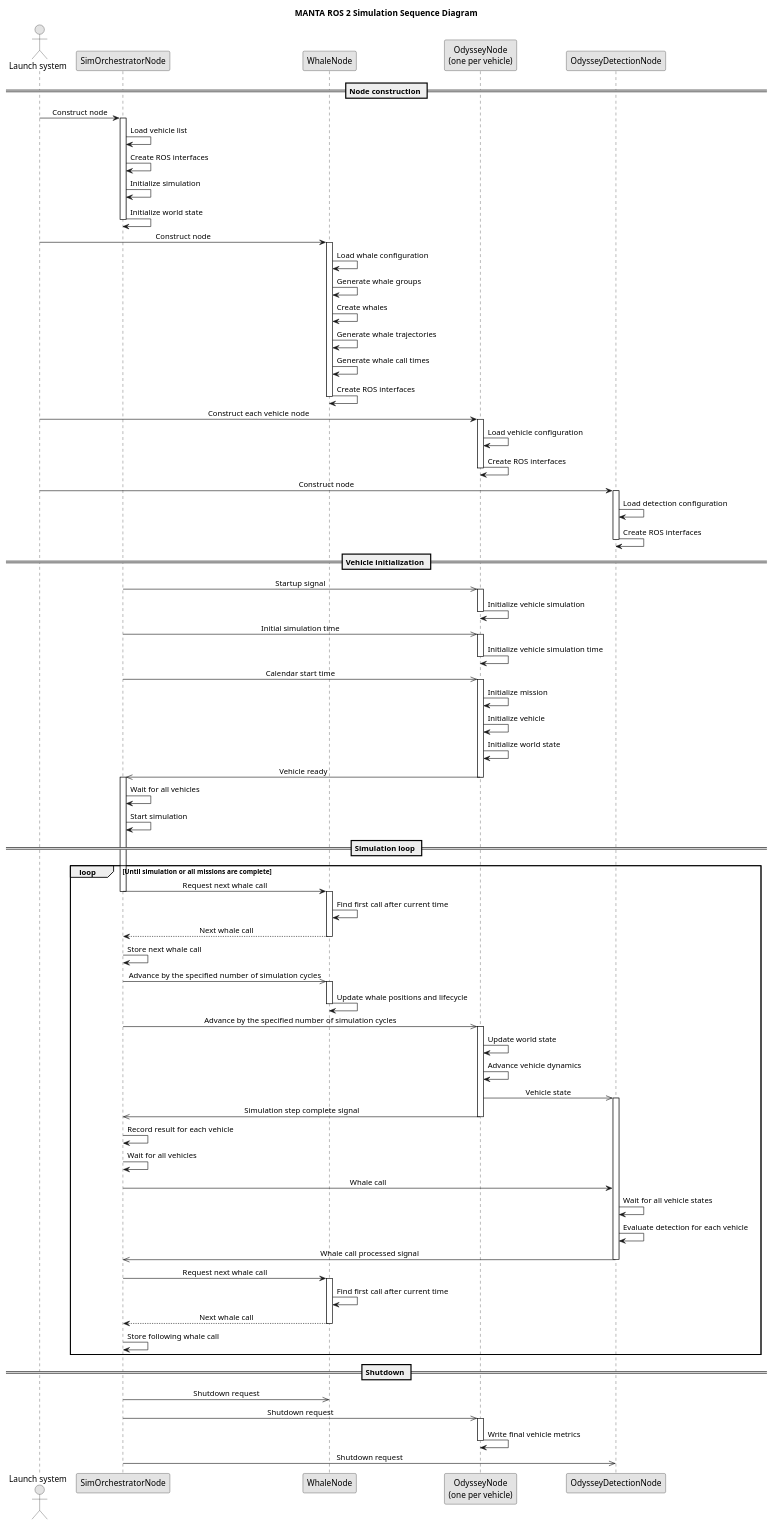
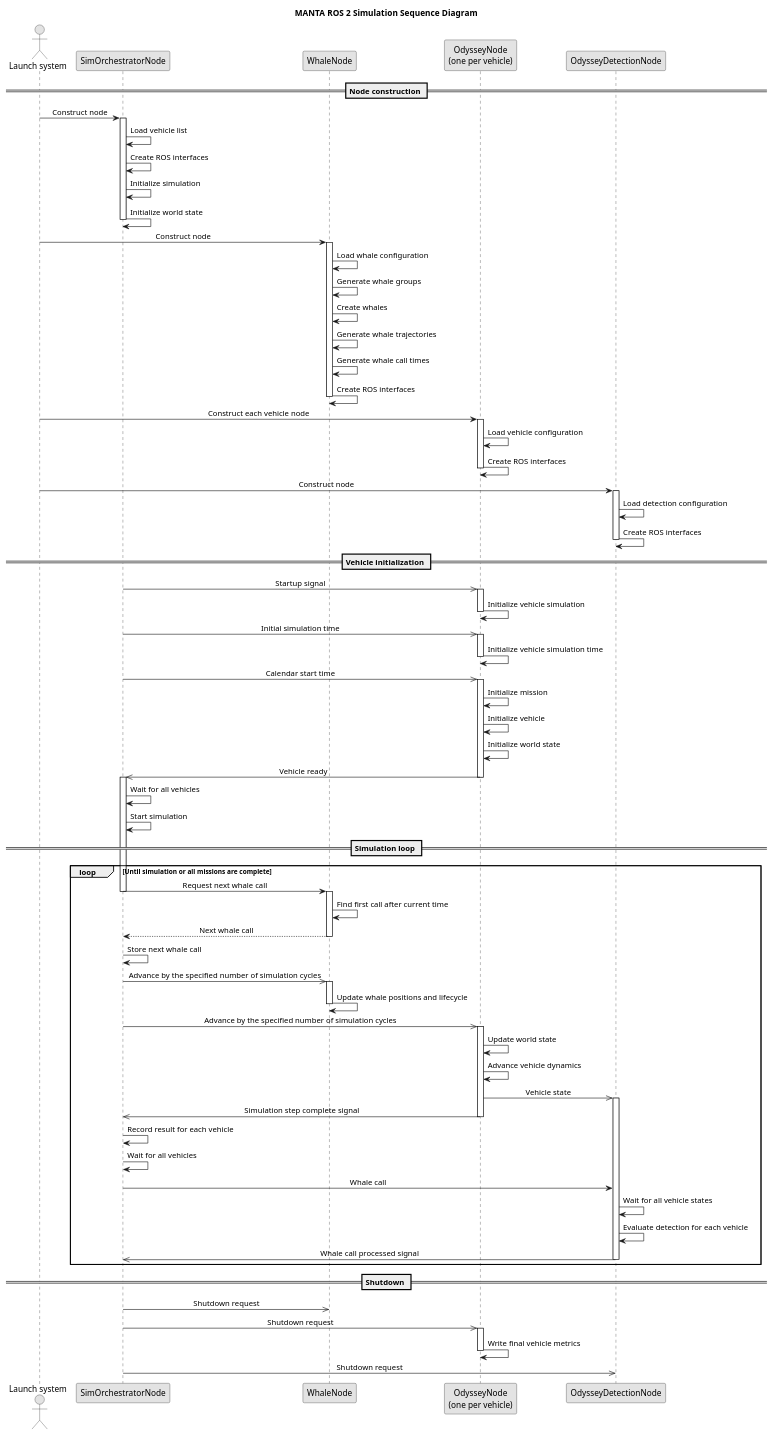
The diagram in docs/manta_sim_sequence.puml (Tebcherani/MANTA), drawn with PlantUML before and after one commit. The commit also changed 2 other files, not shown here.

```diff
--- a/docs/manta_sim_sequence.puml
+++ b/docs/manta_sim_sequence.puml
@@ -1,129 +1,121 @@
 @startuml
 title MANTA ROS 2 Simulation Sequence Diagram
 
 skinparam monochrome true
 skinparam shadowing false
 skinparam sequenceMessageAlign center
 skinparam responseMessageBelowArrow true
 
 actor "Launch system" as Launcher
 participant "SimOrchestratorNode" as Orchestrator
 participant "WhaleNode" as Whale
 participant "OdysseyNode\n(one per vehicle)" as Odyssey
 participant "OdysseyDetectionNode" as Detection
 
 == Node construction ==
 
 Launcher -> Orchestrator : Construct node
 activate Orchestrator
 Orchestrator -> Orchestrator : Load vehicle list
 Orchestrator -> Orchestrator : Create ROS interfaces
 Orchestrator -> Orchestrator : Initialize simulation
 Orchestrator -> Orchestrator : Initialize world state
 deactivate Orchestrator
 
 Launcher -> Whale : Construct node
 activate Whale
 Whale -> Whale : Load whale configuration
 Whale -> Whale : Generate whale groups
 Whale -> Whale : Create whales
 Whale -> Whale : Generate whale trajectories
 Whale -> Whale : Generate whale call times
 Whale -> Whale : Create ROS interfaces
 deactivate Whale
 
 Launcher -> Odyssey : Construct each vehicle node
 activate Odyssey
 Odyssey -> Odyssey : Load vehicle configuration
 Odyssey -> Odyssey : Create ROS interfaces
 deactivate Odyssey
 
 Launcher -> Detection : Construct node
 activate Detection
 Detection -> Detection : Load detection configuration
 Detection -> Detection : Create ROS interfaces
 deactivate Detection
 
 == Vehicle initialization ==
 
 Orchestrator ->> Odyssey : Startup signal
 activate Odyssey
 Odyssey -> Odyssey : Initialize vehicle simulation
 deactivate Odyssey
 
 Orchestrator ->> Odyssey : Initial simulation time
 activate Odyssey
 Odyssey -> Odyssey : Initialize vehicle simulation time
 deactivate Odyssey
 
 Orchestrator ->> Odyssey : Calendar start time
 activate Odyssey
 Odyssey -> Odyssey : Initialize mission
 Odyssey -> Odyssey : Initialize vehicle
 Odyssey -> Odyssey : Initialize world state
 Odyssey ->> Orchestrator : Vehicle ready
 deactivate Odyssey
 
 activate Orchestrator
 Orchestrator -> Orchestrator : Wait for all vehicles
 Orchestrator -> Orchestrator : Start simulation
 
 == Simulation loop ==
 
     loop Until simulation or all missions are complete
 
     Orchestrator -> Whale : Request next whale call
     deactivate Orchestrator
 
     activate Whale
     Whale -> Whale : Find first call after current time
     Whale --> Orchestrator : Next whale call
     deactivate Whale
 
     Orchestrator -> Orchestrator : Store next whale call
 
     Orchestrator ->> Whale : Advance by the specified number of simulation cycles
     activate Whale
     Whale -> Whale : Update whale positions and lifecycle
     deactivate Whale
 
     Orchestrator ->> Odyssey : Advance by the specified number of simulation cycles
     activate Odyssey
     Odyssey -> Odyssey : Update world state
     Odyssey -> Odyssey : Advance vehicle dynamics
 
     Odyssey ->> Detection : Vehicle state
     activate Detection
 
     Odyssey ->> Orchestrator : Simulation step complete signal
     deactivate Odyssey
 
     Orchestrator -> Orchestrator : Record result for each vehicle
     Orchestrator -> Orchestrator : Wait for all vehicles
 
     Orchestrator -> Detection : Whale call
     Detection -> Detection : Wait for all vehicle states
     Detection -> Detection : Evaluate detection for each vehicle
     Detection ->> Orchestrator : Whale call processed signal
     deactivate Detection
-
-    Orchestrator -> Whale : Request next whale call
-    activate Whale
-    Whale -> Whale : Find first call after current time
-    Whale --> Orchestrator : Next whale call
-    deactivate Whale
-
-    Orchestrator -> Orchestrator : Store following whale call
 end
 
 == Shutdown ==
 
 Orchestrator ->> Whale : Shutdown request
 Orchestrator ->> Odyssey : Shutdown request
 activate Odyssey
 Odyssey -> Odyssey : Write final vehicle metrics
 deactivate Odyssey
 
 Orchestrator ->> Detection : Shutdown request
 
 @enduml
```
